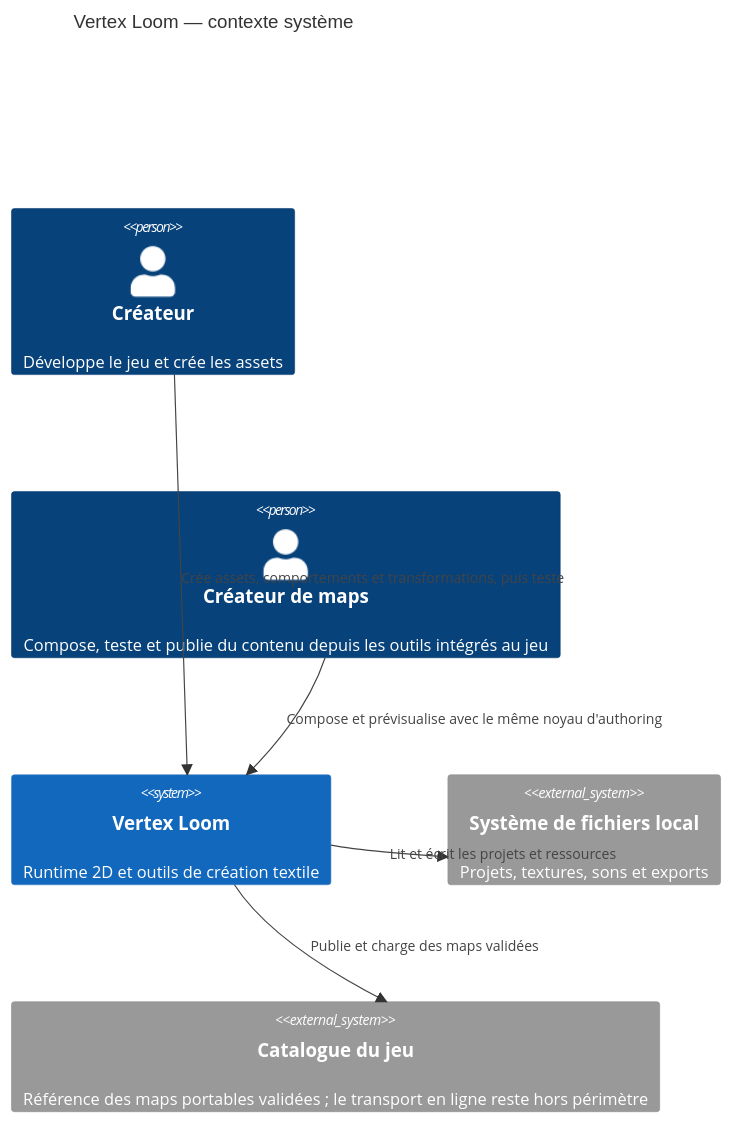
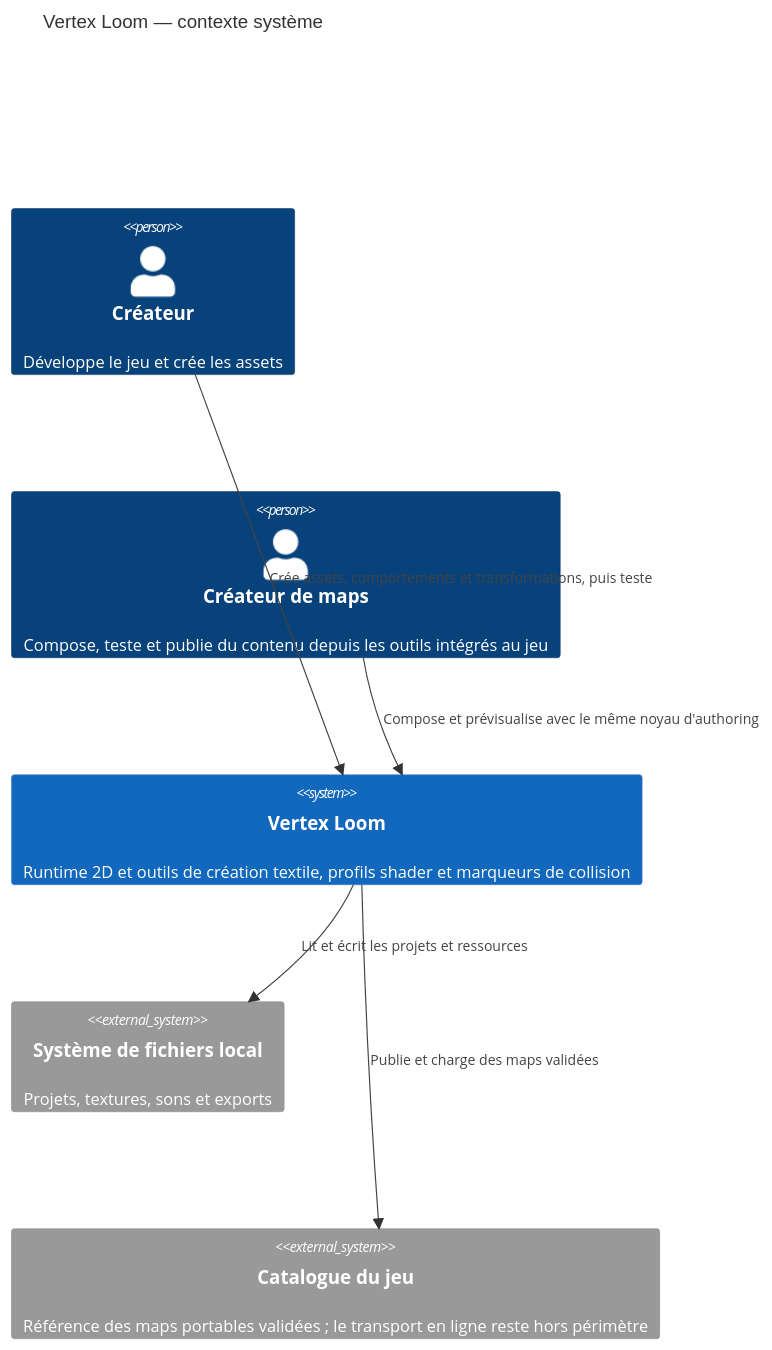
The first of 2 diagrams in docs/architecture/context.md (tristan-monticelli/vertex-loom), drawn with Mermaid before and after one commit. The commit also changed 21 other files, not shown here.

Commit message:
feat(render): add textile shader profiles and collision markers

````diff
--- a/docs/architecture/context.md
+++ b/docs/architecture/context.md
@@ -3,13 +3,13 @@
 ```mermaid
 C4Context
     title Vertex Loom — contexte système
     Person(creator, "Créateur", "Développe le jeu et crée les assets")
     Person(mapmaker, "Créateur de maps", "Compose, teste et publie du contenu depuis les outils intégrés au jeu")
-    System(fabric, "Vertex Loom", "Runtime 2D et outils de création textile")
+    System(fabric, "Vertex Loom", "Runtime 2D et outils de création textile, profils shader et marqueurs de collision")
     System_Ext(files, "Système de fichiers local", "Projets, textures, sons et exports")
     System_Ext(catalog, "Catalogue du jeu", "Référence des maps portables validées ; le transport en ligne reste hors périmètre")
     Rel(creator, fabric, "Crée assets, comportements et transformations, puis teste")
     Rel(mapmaker, fabric, "Compose et prévisualise avec le même noyau d'authoring")
     Rel(fabric, files, "Lit et écrit les projets et ressources")
 Rel(fabric, catalog, "Publie et charge des maps validées")
 ```
````
